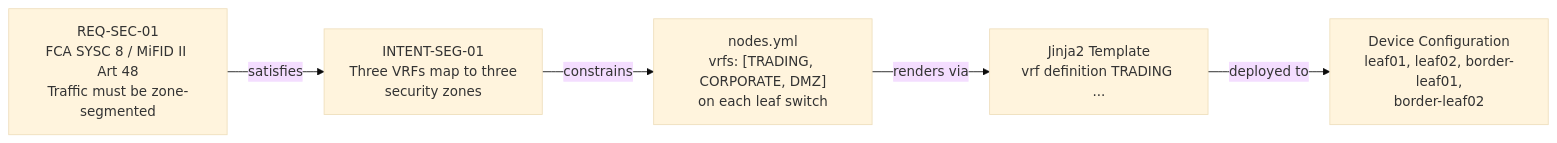
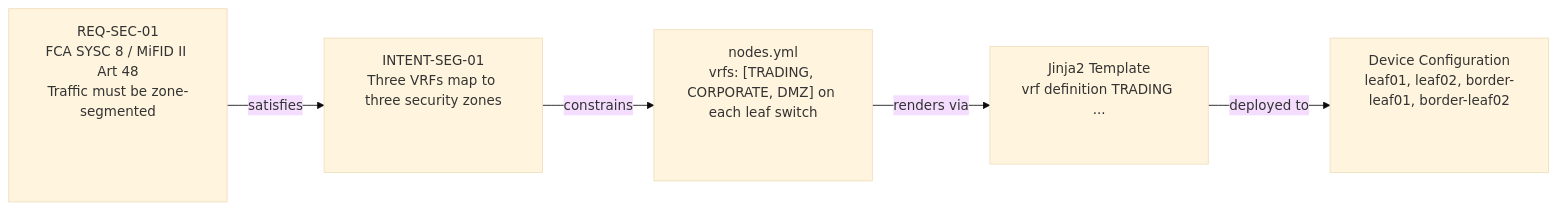
The diagram in 12-security-compliance/chapter.md (ppklau/network_automation_handbook), drawn with Mermaid (base theme) before and after one commit. The commit also changed 12 other files, not shown here.

Commit message:
Adjusted mermaid diagrams.

````diff
--- a/12-security-compliance/chapter.md
+++ b/12-security-compliance/chapter.md
@@ -91,13 +91,13 @@
 ```mermaid
 graph LR
-    REQ["REQ-SEC-01\nFCA SYSC 8 / MiFID II Art 48\nTraffic must be zone-segmented"]
-    INT["INTENT-SEG-01\nThree VRFs map to three\nsecurity zones"]
-    SOT["nodes.yml\nvrfs: [TRADING, CORPORATE, DMZ]\non each leaf switch"]
-    TPL["Jinja2 Template\nvrf definition TRADING ..."]
-    DEV["Device Configuration\nleaf01, leaf02, border-leaf01,\nborder-leaf02"]
+    REQ["<div style='min-height:200px'>REQ-SEC-01\nFCA SYSC 8 / MiFID II Art 48\nTraffic must be zone-segmented</div>"]
+    INT["<div style='min-height:130px'>INTENT-SEG-01\nThree VRFs map to three security zones</div>"]
+    SOT["<div style='min-height:150px'>nodes.yml\nvrfs: [TRADING, CORPORATE, DMZ] on each leaf switch</div>"]
+    TPL["<div style='min-height:110px'>Jinja2 Template\nvrf definition TRADING ...</div>"]
+    DEV["<div style='min-height:130px'>Device Configuration\nleaf01, leaf02, border-leaf01, border-leaf02</div>"]
 
     REQ -->|"satisfies"| INT
     INT -->|"constrains"| SOT
     SOT -->|"renders via"| TPL
     TPL -->|"deployed to"| DEV
 ```
````
